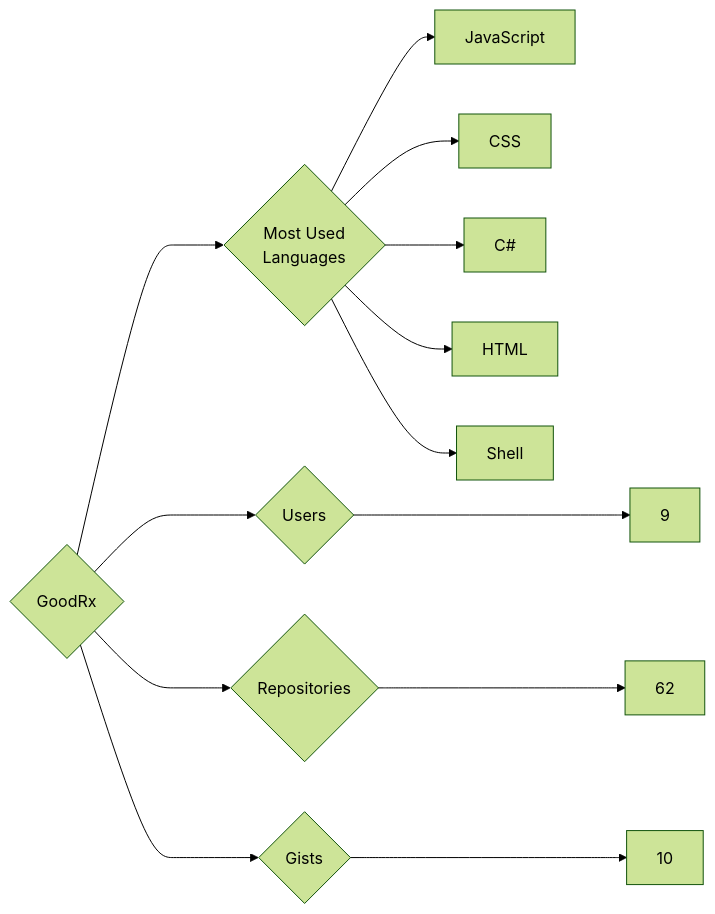
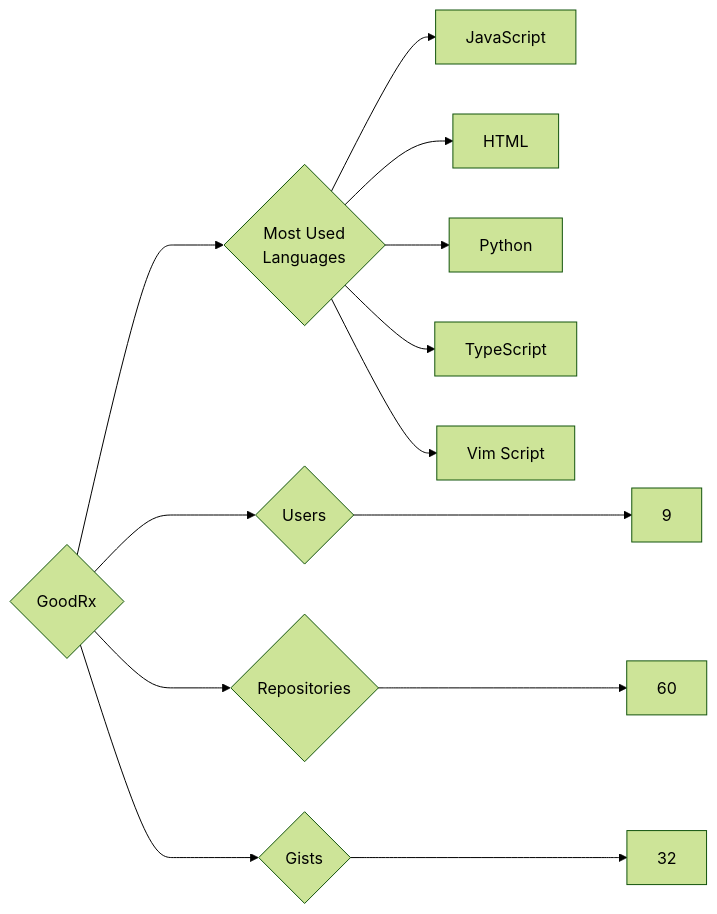
The diagram in targets/GoodRx/README.md (trickest/insiders), drawn with Mermaid (forest theme) before and after one commit. The commit also changed 1212 other files, not shown here.

````diff
--- a/targets/GoodRx/README.md
+++ b/targets/GoodRx/README.md
@@ -3,13 +3,13 @@
 ```mermaid
 graph LR
 COMPANY_NAME{GoodRx}
 COMPANY_NAME ---> U{Users} ---> UN[9]
-COMPANY_NAME ---> R{Repositories} ---> RN[62]
-COMPANY_NAME ---> G{Gists} ---> GN[10]
+COMPANY_NAME ---> R{Repositories} ---> RN[60]
+COMPANY_NAME ---> G{Gists} ---> GN[32]
 COMPANY_NAME ---> ML{Most Used<br>Languages}
 ML --> JavaScript[JavaScript]
-ML --> CSS[CSS]
-ML --> C#[C#]
 ML --> HTML[HTML]
-ML --> Shell[Shell]
+ML --> Python[Python]
+ML --> TypeScript[TypeScript]
+ML --> Vim_Script[Vim Script]
 ```
````
